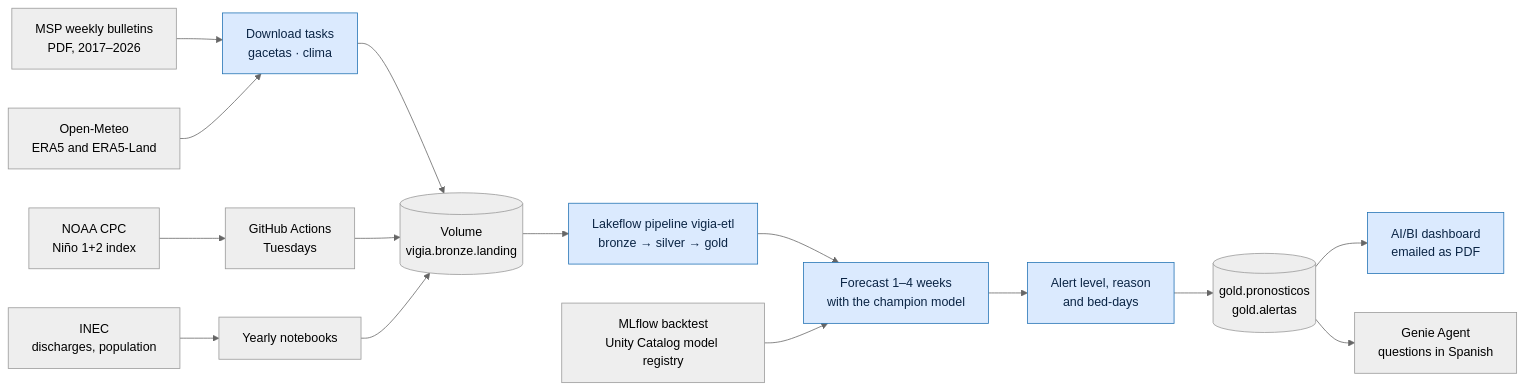
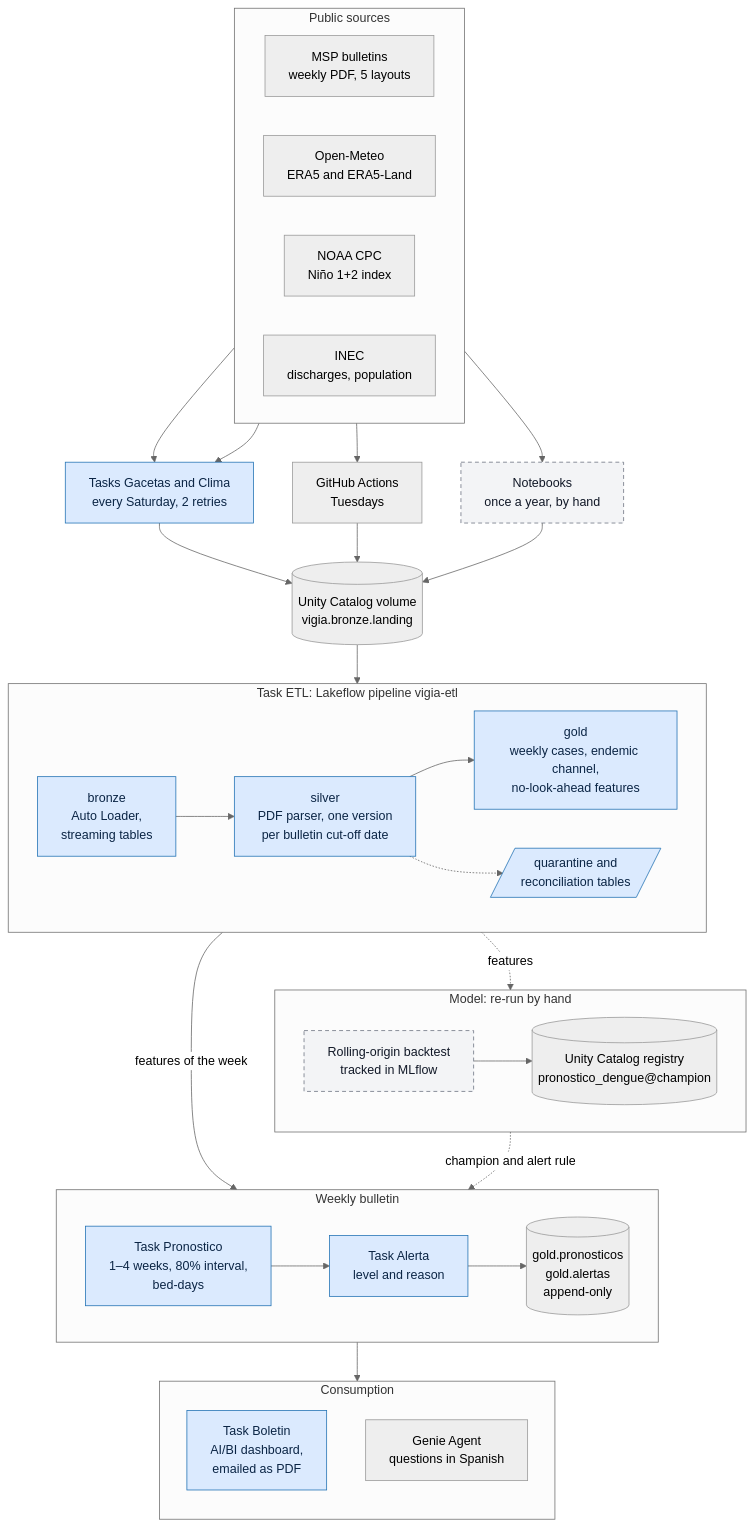
One commit to srodriguez252/vigia-dengue changed the first of 2 diagrams in README.md. Above: the diagram before and after it, drawn with Mermaid (neutral theme). The commit also changed other lines of this file, not shown here.

Commit message:
actualizar README

````diff
--- a/README.md
+++ b/README.md
@@ -21,19 +21,55 @@
 ```mermaid
-flowchart LR
-    msp["MSP weekly bulletins<br/>PDF, 2017–2026"] --> dl["Download tasks<br/>gacetas · clima"]
-    om["Open-Meteo<br/>ERA5 and ERA5-Land"] --> dl
-    noaa["NOAA CPC<br/>Niño 1+2 index"] --> gha["GitHub Actions<br/>Tuesdays"]
-    inec["INEC<br/>discharges, population"] --> nb["Yearly notebooks"]
-    dl --> vol[("Volume<br/>vigia.bronze.landing")]
+flowchart TB
+    subgraph SRC["Public sources"]
+        direction LR
+        msp["MSP bulletins<br/>weekly PDF, 5 layouts"]
+        om["Open-Meteo<br/>ERA5 and ERA5-Land"]
+        noaa["NOAA CPC<br/>Niño 1+2 index"]
+        inec["INEC<br/>discharges, population"]
+    end
+
+    dl["Tasks Gacetas and Clima<br/>every Saturday, 2 retries"]
+    gha["GitHub Actions<br/>Tuesdays"]
+    nb["Notebooks<br/>once a year, by hand"]
+    vol[("Unity Catalog volume<br/>vigia.bronze.landing")]
+
+    subgraph ETL["Task ETL: Lakeflow pipeline vigia-etl"]
+        direction LR
+        bronze["bronze<br/>Auto Loader,<br/>streaming tables"] --> silver["silver<br/>PDF parser, one version<br/>per bulletin cut-off date"] --> feat["gold<br/>weekly cases, endemic channel,<br/>no-look-ahead features"]
+        silver -.-> dq[/"quarantine and<br/>reconciliation tables"/]
+    end
+
+    subgraph ML["Model: re-run by hand"]
+        direction LR
+        bt["Rolling-origin backtest<br/>tracked in MLflow"] --> reg[("Unity Catalog registry<br/>pronostico_dengue@champion")]
+    end
+
+    subgraph WK["Weekly bulletin"]
+        direction LR
+        fc["Task Pronostico<br/>1–4 weeks, 80% interval,<br/>bed-days"] --> al["Task Alerta<br/>level and reason"] --> out[("gold.pronosticos<br/>gold.alertas<br/>append-only")]
+    end
+
+    subgraph USE["Consumption"]
+        direction TB
+        dash["Task Boletin<br/>AI/BI dashboard,<br/>emailed as PDF"]
+        genie["Genie Agent<br/>questions in Spanish"]
+    end
+
+    msp --> dl
+    om --> dl
+    noaa --> gha
+    inec --> nb
+    dl --> vol
     gha --> vol
     nb --> vol
-    vol --> etl["Lakeflow pipeline vigia-etl<br/>bronze → silver → gold"]
-    etl --> fc["Forecast 1–4 weeks<br/>with the champion model"]
-    reg["MLflow backtest<br/>Unity Catalog model registry"] --> fc
-    fc --> al["Alert level, reason<br/>and bed-days"]
-    al --> gold[("gold.pronosticos<br/>gold.alertas")]
-    gold --> dash["AI/BI dashboard<br/>emailed as PDF"]
-    gold --> genie["Genie Agent<br/>questions in Spanish"]
+    vol --> ETL
+    ETL -. "features" .-> ML
+    ETL -- "features of the week" --> WK
+    ML -. "champion and alert rule" .-> WK
+    WK --> USE
+
     classDef job fill:#dbeafe,stroke:#2272b4,color:#0b2545
-    class dl,etl,fc,al,dash job
+    classDef manual fill:#f3f4f6,stroke:#6b7280,color:#111827,stroke-dasharray: 5 4
+    class dl,bronze,silver,feat,dq,fc,al,dash job
+    class nb,bt manual
 ```
````
